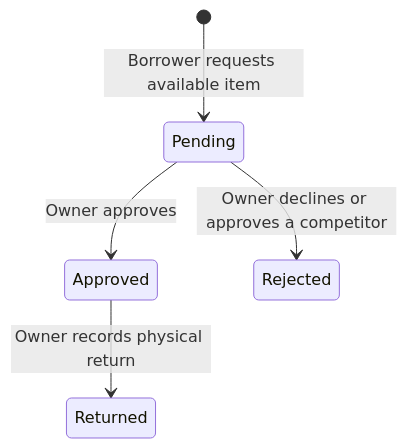
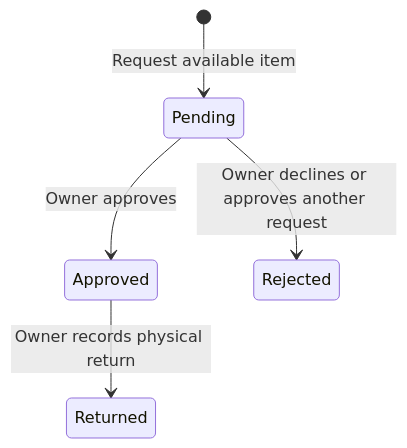
The second of 2 diagrams in docs/DESIGN.md (Amritanshu05/Demandbase), drawn with Mermaid before and after one commit. The commit also changed other lines of this file and 18 other files, not shown here.

````diff
--- a/docs/DESIGN.md
+++ b/docs/DESIGN.md
@@ -62,7 +68,7 @@
 ```mermaid
 stateDiagram-v2
-    [*] --> Pending: Borrower requests available item
+    [*] --> Pending: Request available item
     Pending --> Approved: Owner approves
-    Pending --> Rejected: Owner declines or approves a competitor
+    Pending --> Rejected: Owner declines or approves another request
     Approved --> Returned: Owner records physical return
 ```
````
